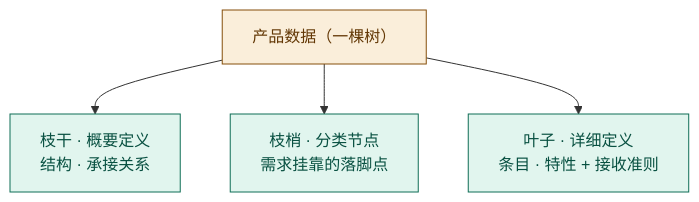
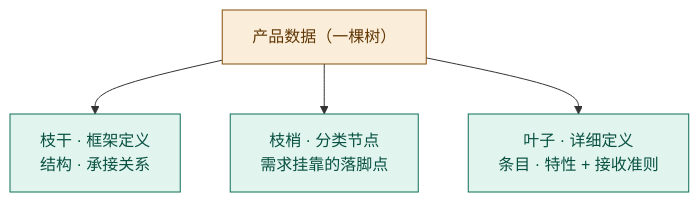
One commit to Yongjunzhou/AOS-system-design changed diagram 12 of 12 in 50-系统工程研究/00-系统工程相关研究报告/11-工程师六项能力研究报告-从工程定义到能力培养.md. Above: the diagram before and after it, drawn with Mermaid. The commit also changed other lines of this file and 60 other files, not shown here.

````diff
--- a/50-系统工程研究/00-系统工程相关研究报告/11-工程师六项能力研究报告-从工程定义到能力培养.md
+++ b/50-系统工程研究/00-系统工程相关研究报告/11-工程师六项能力研究报告-从工程定义到能力培养.md
@@ -596,10 +596,10 @@
 ```mermaid
 flowchart TD
-    PD["产品数据（一棵树）"] --> B1["枝干 · 概要定义<br/>结构 · 承接关系"]
+    PD["产品数据（一棵树）"] --> B1["枝干 · 框架定义<br/>结构 · 承接关系"]
     PD --> B2["枝梢 · 分类节点<br/>需求挂靠的落脚点"]
     PD --> B3["叶子 · 详细定义<br/>条目 · 特性 + 接收准则"]
     style PD fill:#FAEEDA,stroke:#854F0B,color:#633806
     style B1 fill:#E1F5EE,stroke:#0F6E56,color:#085041
     style B2 fill:#E1F5EE,stroke:#0F6E56,color:#085041
     style B3 fill:#E1F5EE,stroke:#0F6E56,color:#085041
 ```
````
